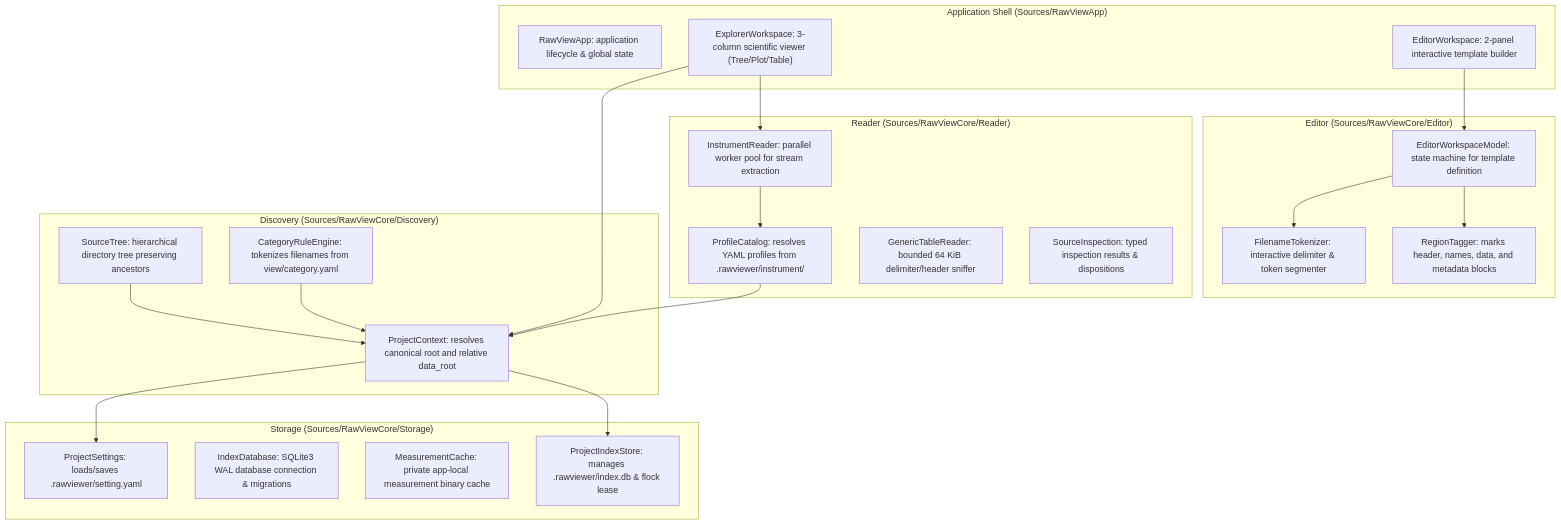
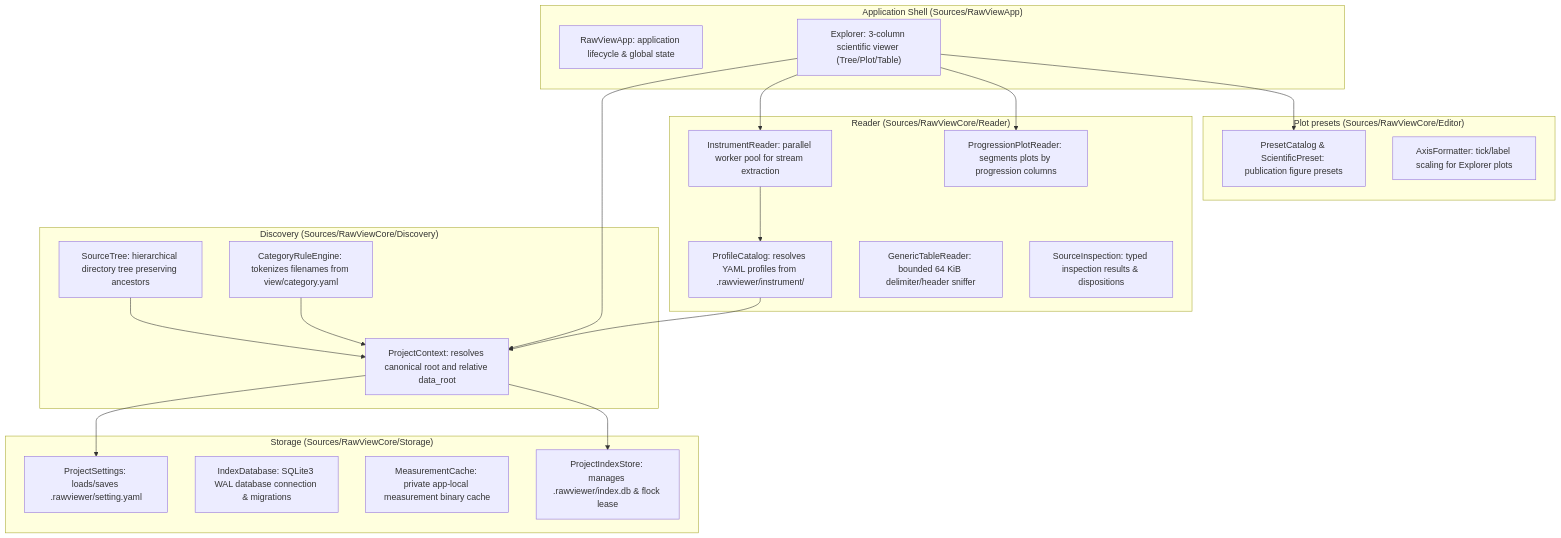
One commit to taixuann/raw-viewer changed the diagram in AGENTS.md. Above: the diagram before and after it, drawn with Mermaid. The commit also changed other lines of this file and 30 other files, not shown here.

````diff
--- a/AGENTS.md
+++ b/AGENTS.md
@@ -17,46 +17,44 @@
 ```mermaid
 graph TD
     subgraph Storage ["Storage (Sources/RawViewCore/Storage)"]
         ProjectIndexStore["ProjectIndexStore: manages .rawviewer/index.db & flock lease"]
         IndexDatabase["IndexDatabase: SQLite3 WAL database connection & migrations"]
         MeasurementCache["MeasurementCache: private app-local measurement binary cache"]
         ProjectSettings["ProjectSettings: loads/saves .rawviewer/setting.yaml"]
     end
 
     subgraph Discovery ["Discovery (Sources/RawViewCore/Discovery)"]
         ProjectContext["ProjectContext: resolves canonical root and relative data_root"]
         SourceTree["SourceTree: hierarchical directory tree preserving ancestors"]
         CategoryRuleEngine["CategoryRuleEngine: tokenizes filenames from view/category.yaml"]
     end
 
     subgraph Reader ["Reader (Sources/RawViewCore/Reader)"]
         ProfileCatalog["ProfileCatalog: resolves YAML profiles from .rawviewer/instrument/"]
         InstrumentReader["InstrumentReader: parallel worker pool for stream extraction"]
+        ProgressionPlotReader["ProgressionPlotReader: segments plots by progression columns"]
         GenericTableReader["GenericTableReader: bounded 64 KiB delimiter/header sniffer"]
         SourceInspection["SourceInspection: typed inspection results & dispositions"]
     end
 
-    subgraph Editor ["Editor (Sources/RawViewCore/Editor)"]
-        EditorWorkspaceModel["EditorWorkspaceModel: state machine for template definition"]
-        FilenameTokenizer["FilenameTokenizer: interactive delimiter & token segmenter"]
-        RegionTagger["RegionTagger: marks header, names, data, and metadata blocks"]
+    subgraph PlotStyle ["Plot presets (Sources/RawViewCore/Editor)"]
+        PresetCatalog["PresetCatalog & ScientificPreset: publication figure presets"]
+        AxisFormatter["AxisFormatter: tick/label scaling for Explorer plots"]
     end
 
     subgraph AppUI ["Application Shell (Sources/RawViewApp)"]
         RawViewApp["RawViewApp: application lifecycle & global state"]
-        ExplorerWorkspace["ExplorerWorkspace: 3-column scientific viewer (Tree/Plot/Table)"]
-        EditorWorkspace["EditorWorkspace: 2-panel interactive template builder"]
+        ExplorerWorkspace["Explorer: 3-column scientific viewer (Tree/Plot/Table)"]
     end
 
     ProjectContext --> ProjectSettings
     ProjectContext --> ProjectIndexStore
     SourceTree --> ProjectContext
     CategoryRuleEngine --> ProjectContext
     ProfileCatalog --> ProjectContext
     InstrumentReader --> ProfileCatalog
     ExplorerWorkspace --> ProjectContext
     ExplorerWorkspace --> InstrumentReader
-    EditorWorkspaceModel --> FilenameTokenizer
-    EditorWorkspaceModel --> RegionTagger
-    EditorWorkspace --> EditorWorkspaceModel
+    ExplorerWorkspace --> ProgressionPlotReader
+    ExplorerWorkspace --> PresetCatalog
 ```
````
